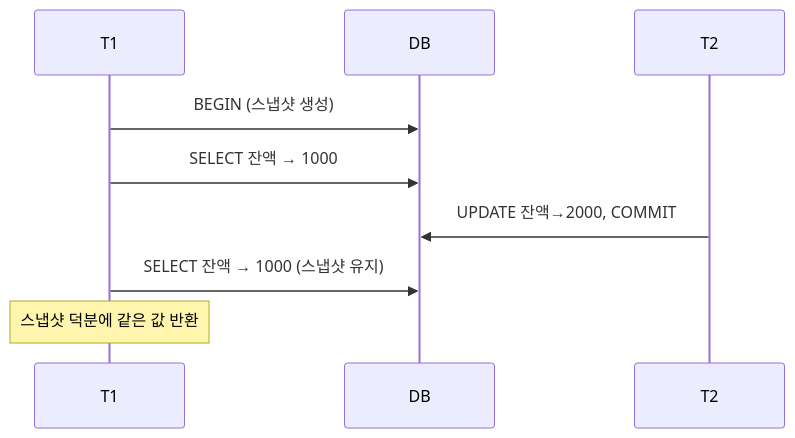
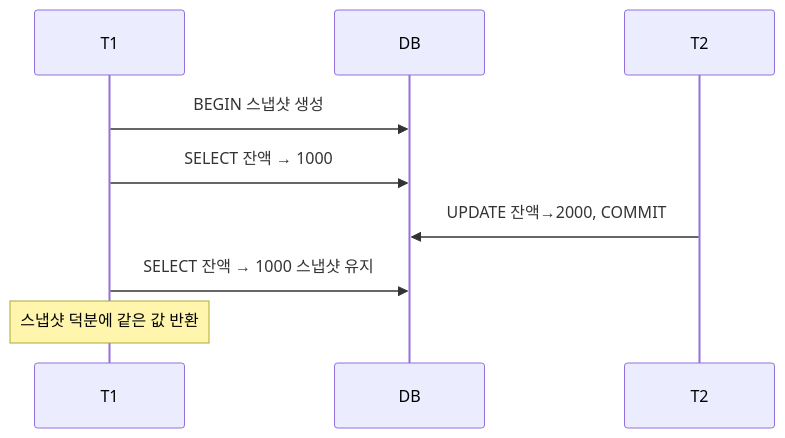
Before and after one commit to yjkim2015/yjkim2015.github.io: the fifth of 7 diagrams in _posts/db/2026-05-03-db-transaction-isolation.md, drawn with Mermaid. The commit also changed other lines of this file and 85 other files, not shown here.

First line of the commit message:
sequenceDiagram 문법 에러 2차 수정 169개 (86파일)

````diff
--- a/_posts/db/2026-05-03-db-transaction-isolation.md
+++ b/_posts/db/2026-05-03-db-transaction-isolation.md
@@ -149,11 +149,11 @@
 ```mermaid
 sequenceDiagram
     participant T1
     participant DB
     participant T2
-    T1->>DB: BEGIN (스냅샷 생성)
+    T1->>DB: BEGIN 스냅샷 생성
     T1->>DB: SELECT 잔액 → 1000
     T2->>DB: UPDATE 잔액→2000, COMMIT
-    T1->>DB: SELECT 잔액 → 1000 (스냅샷 유지)
+    T1->>DB: SELECT 잔액 → 1000 스냅샷 유지
     Note over T1: 스냅샷 덕분에 같은 값 반환
 ```
````
